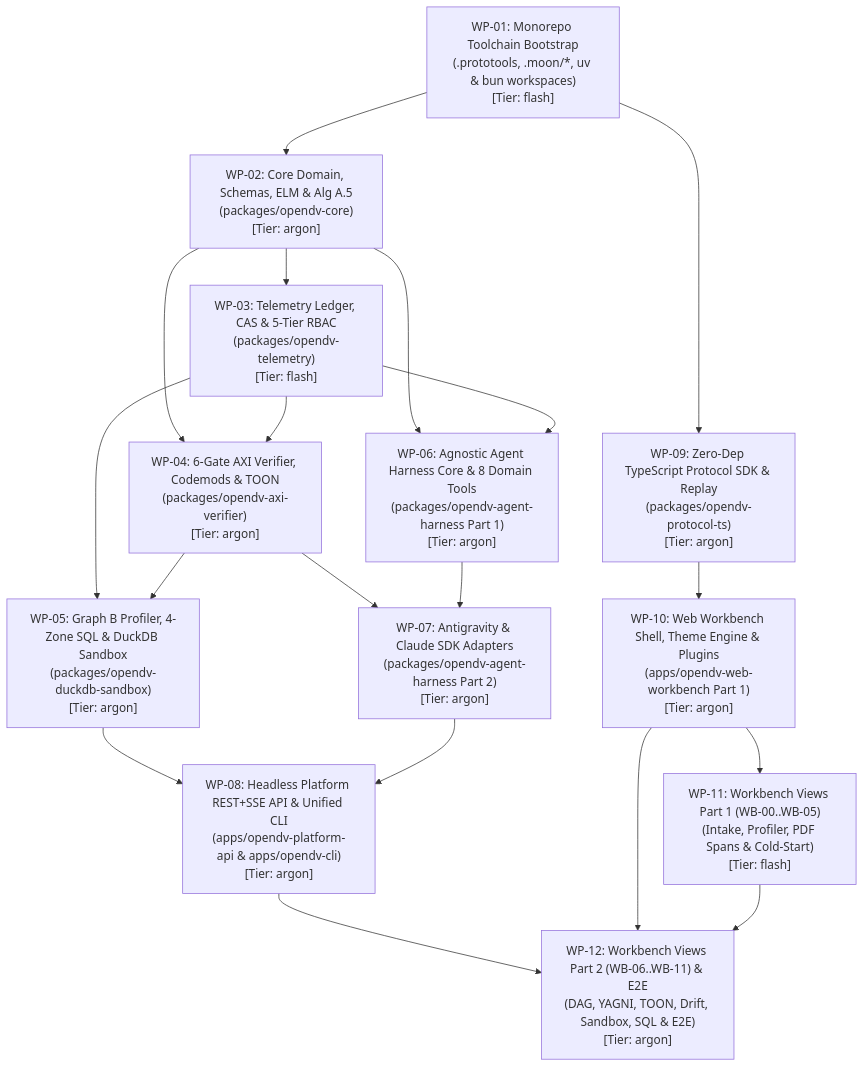
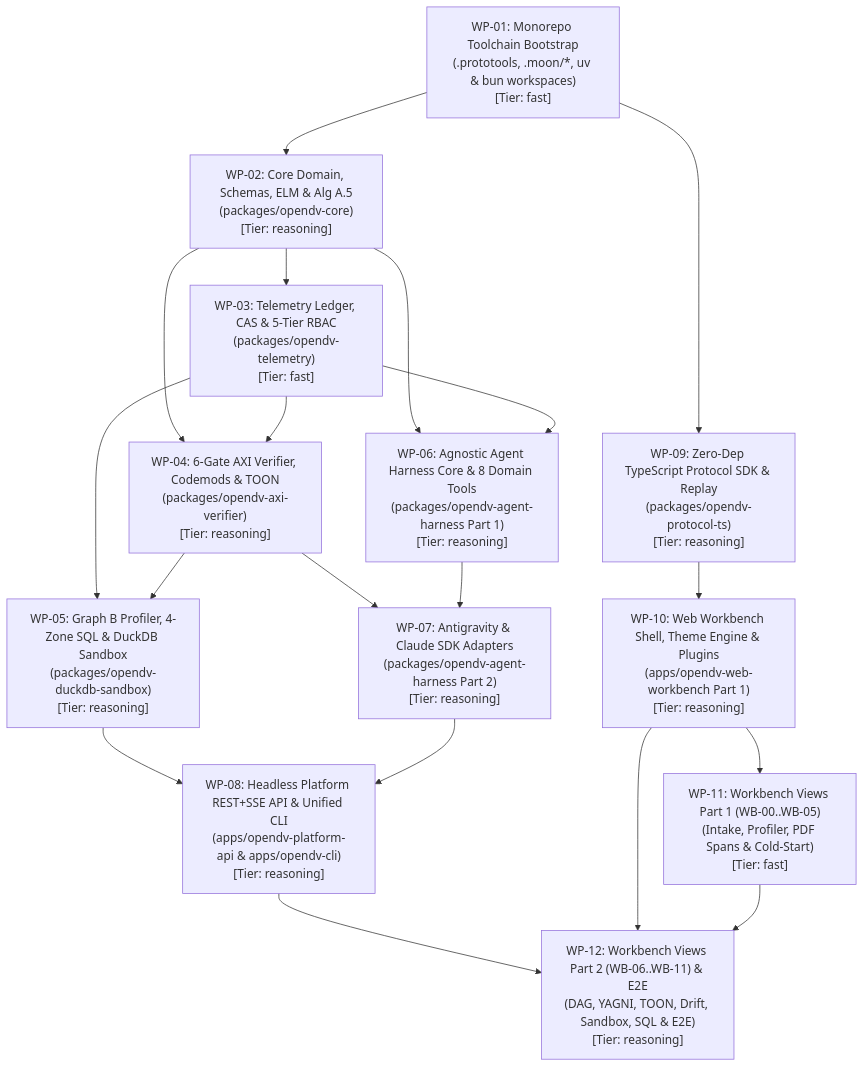
The diagram in docs/11-agent-worker-implementation-plan.md (nogoo9/open-dv), drawn with Mermaid before and after one commit. The commit also changed other lines of this file and 30 other files, not shown here.

First line of the commit message:
feat(opendv-agent-harness): replace argon/flash with reasoning/fast model tiers and add agent_models (#25)

````diff
--- a/docs/11-agent-worker-implementation-plan.md
+++ b/docs/11-agent-worker-implementation-plan.md
@@ -14,34 +14,34 @@
 ```mermaid
 flowchart TD
-    WP01["WP-01: Monorepo Toolchain Bootstrap\n(.prototools, .moon/*, uv & bun workspaces)\n[Tier: flash]"]
-    WP02["WP-02: Core Domain, Schemas, ELM & Alg A.5\n(packages/opendv-core)\n[Tier: argon]"]
-    WP03["WP-03: Telemetry Ledger, CAS & 5-Tier RBAC\n(packages/opendv-telemetry)\n[Tier: flash]"]
-    WP04["WP-04: 6-Gate AXI Verifier, Codemods & TOON\n(packages/opendv-axi-verifier)\n[Tier: argon]"]
-    WP05["WP-05: Graph B Profiler, 4-Zone SQL & DuckDB Sandbox\n(packages/opendv-duckdb-sandbox)\n[Tier: argon]"]
-    WP06["WP-06: Agnostic Agent Harness Core & 8 Domain Tools\n(packages/opendv-agent-harness Part 1)\n[Tier: argon]"]
-    WP07["WP-07: Antigravity & Claude SDK Adapters\n(packages/opendv-agent-harness Part 2)\n[Tier: argon]"]
-    WP08["WP-08: Headless Platform REST+SSE API & Unified CLI\n(apps/opendv-platform-api & apps/opendv-cli)\n[Tier: argon]"]
-    WP09["WP-09: Zero-Dep TypeScript Protocol SDK & Replay\n(packages/opendv-protocol-ts)\n[Tier: argon]"]
-    WP10["WP-10: Web Workbench Shell, Theme Engine & Plugins\n(apps/opendv-web-workbench Part 1)\n[Tier: argon]"]
-    WP11["WP-11: Workbench Views Part 1 (WB-00..WB-05)\n(Intake, Profiler, PDF Spans & Cold-Start)\n[Tier: flash]"]
-    WP12["WP-12: Workbench Views Part 2 (WB-06..WB-11) & E2E\n(DAG, YAGNI, TOON, Drift, Sandbox, SQL & E2E)\n[Tier: argon]"]
+    WP01["WP-01: Monorepo Toolchain Bootstrap\n(.prototools, .moon/*, uv & bun workspaces)\n[Tier: fast]"]
+    WP02["WP-02: Core Domain, Schemas, ELM & Alg A.5\n(packages/opendv-core)\n[Tier: reasoning]"]
+    WP03["WP-03: Telemetry Ledger, CAS & 5-Tier RBAC\n(packages/opendv-telemetry)\n[Tier: fast]"]
+    WP04["WP-04: 6-Gate AXI Verifier, Codemods & TOON\n(packages/opendv-axi-verifier)\n[Tier: reasoning]"]
+    WP05["WP-05: Graph B Profiler, 4-Zone SQL & DuckDB Sandbox\n(packages/opendv-duckdb-sandbox)\n[Tier: reasoning]"]
+    WP06["WP-06: Agnostic Agent Harness Core & 8 Domain Tools\n(packages/opendv-agent-harness Part 1)\n[Tier: reasoning]"]
+    WP07["WP-07: Antigravity & Claude SDK Adapters\n(packages/opendv-agent-harness Part 2)\n[Tier: reasoning]"]
+    WP08["WP-08: Headless Platform REST+SSE API & Unified CLI\n(apps/opendv-platform-api & apps/opendv-cli)\n[Tier: reasoning]"]
+    WP09["WP-09: Zero-Dep TypeScript Protocol SDK & Replay\n(packages/opendv-protocol-ts)\n[Tier: reasoning]"]
+    WP10["WP-10: Web Workbench Shell, Theme Engine & Plugins\n(apps/opendv-web-workbench Part 1)\n[Tier: reasoning]"]
+    WP11["WP-11: Workbench Views Part 1 (WB-00..WB-05)\n(Intake, Profiler, PDF Spans & Cold-Start)\n[Tier: fast]"]
+    WP12["WP-12: Workbench Views Part 2 (WB-06..WB-11) & E2E\n(DAG, YAGNI, TOON, Drift, Sandbox, SQL & E2E)\n[Tier: reasoning]"]
 
     WP01 --> WP02
     WP01 --> WP09
     WP02 --> WP03
     WP09 --> WP10
     WP02 --> WP04
     WP03 --> WP04
     WP02 --> WP06
     WP03 --> WP06
     WP10 --> WP11
     WP03 --> WP05
     WP04 --> WP05
     WP04 --> WP07
     WP06 --> WP07
     WP05 --> WP08
     WP07 --> WP08
     WP08 --> WP12
     WP10 --> WP12
     WP11 --> WP12
 ```
````
